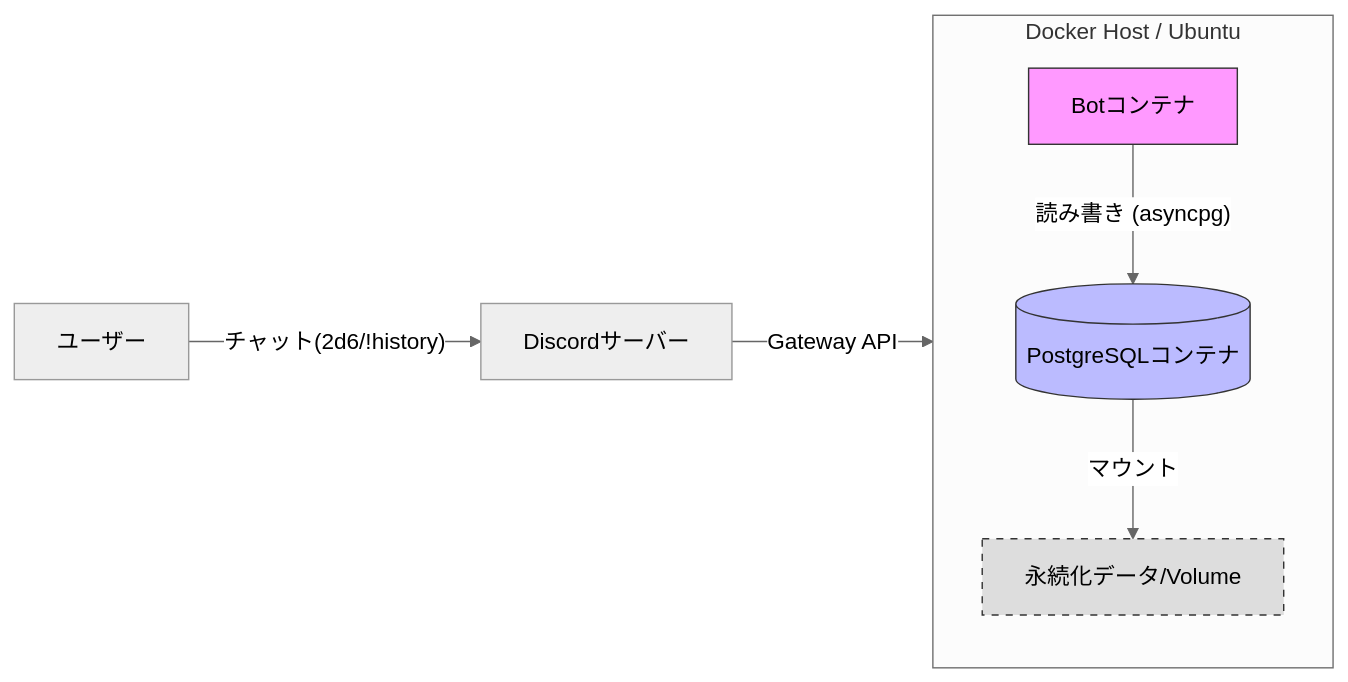
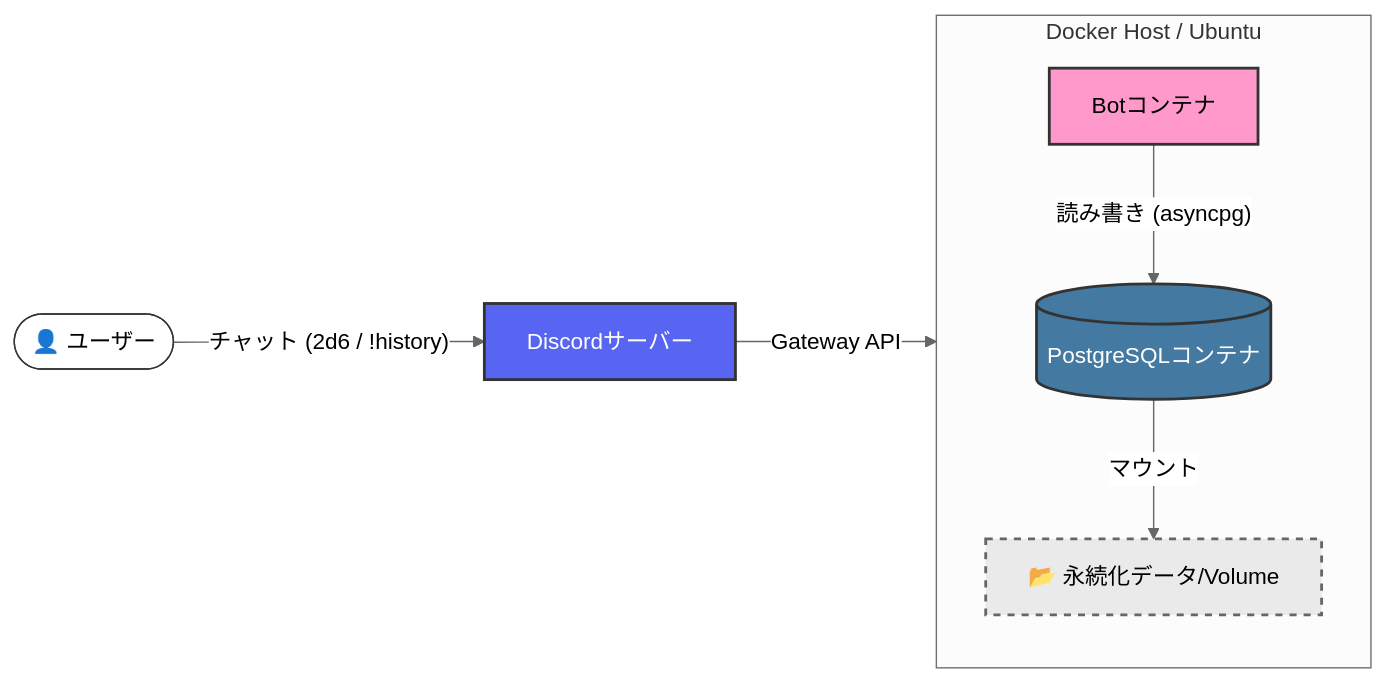
One commit to misorange/nDn_dice_bot changed the diagram in docs/procedure.md. Above: the diagram before and after it, drawn with Mermaid.

Commit message:
docs: 表の修正

````diff
--- a/docs/procedure.md
+++ b/docs/procedure.md
@@ -40,17 +40,27 @@
 ```mermaid
-%%{init: {'theme': 'neutral'}}%%
+%%{init: {'theme': 'neutral', 'themeVariables': {'fontFamily': 'sans-serif'}}}%%
 graph LR
-    User[ユーザー] --"チャット(2d6/!history)"--> Discord[Discordサーバー]
+    %% ノードの定義
+    User([👤 ユーザー]) --"チャット (2d6 / !history)"--> Discord[Discordサーバー]
     Discord --"Gateway API"--> Bot[Botコンテナ]
     
     subgraph Host[Docker Host / Ubuntu]
         direction TB
         Bot --"読み書き (asyncpg)"--> DB[(PostgreSQLコンテナ)]
-        DB --"マウント"--> Vol[永続化データ/Volume]
+        DB --"マウント"--> Vol[📂 永続化データ/Volume]
     end
     
-    %% スタイル定義
-    style Bot fill:#f9f,stroke:#333,color:#000
-    style DB fill:#bbf,stroke:#333,color:#000
-    style Vol fill:#ddd,stroke:#333,color:#000,stroke-dasharray: 5 5
+    %% スタイルの定義 (GitHubで見やすい配色)
+    classDef discord fill:#5865F2,stroke:#333,stroke-width:2px,color:#fff
+    classDef bot fill:#FF99CC,stroke:#333,stroke-width:2px,color:#000
+    classDef db fill:#4479A1,stroke:#333,stroke-width:2px,color:#fff
+    classDef vol fill:#EAEAEA,stroke:#666,stroke-width:2px,stroke-dasharray: 5 5,color:#000
+    classDef user fill:#FFF,stroke:#333,stroke-width:1px,color:#000
+
+    %% クラスの適用
+    class Discord discord
+    class Bot bot
+    class DB db
+    class Vol vol
+    class User user
 ```
````
